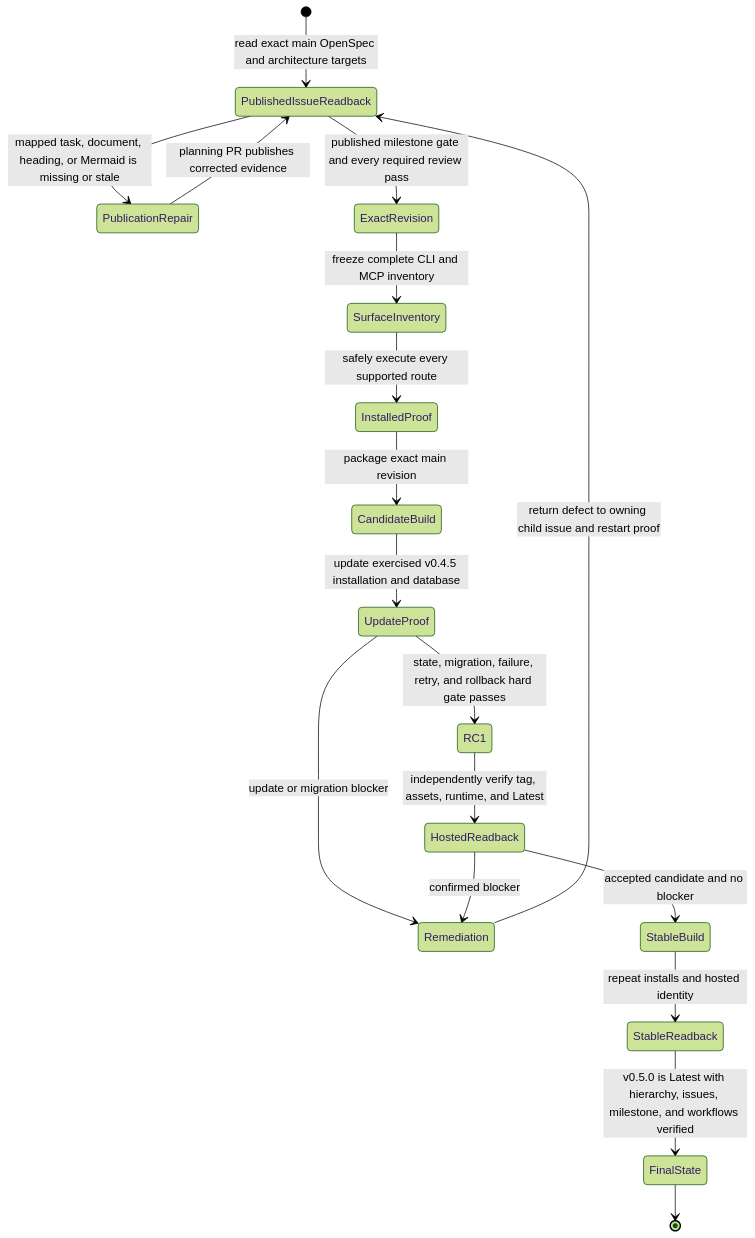
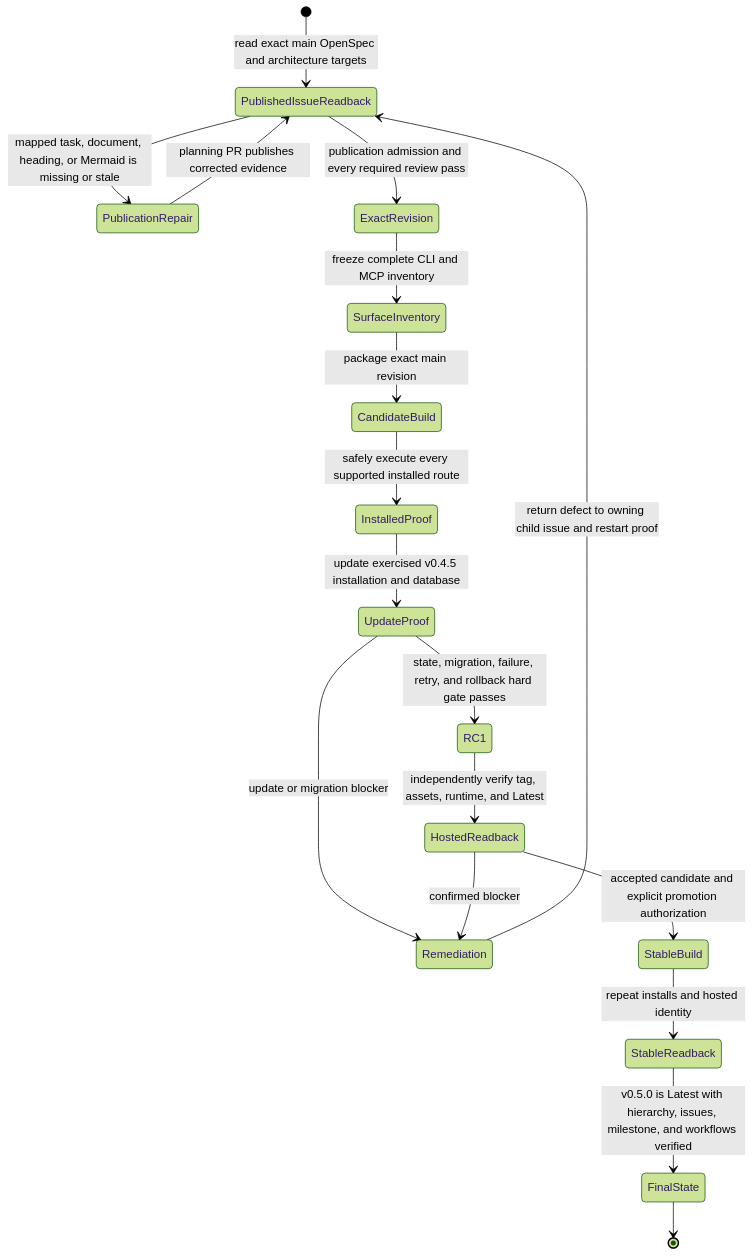
Before and after one commit to styler-ai/ProjectAtlas: diagram 28 of 28 in docs/v050-release-architecture.md, drawn with Mermaid (forest theme). The commit also changed 19 other files, not shown here.

````diff
--- a/docs/v050-release-architecture.md
+++ b/docs/v050-release-architecture.md
@@ -618,20 +618,20 @@
 ```mermaid
 stateDiagram-v2
   [*] --> PublishedIssueReadback: read exact main OpenSpec and architecture targets
   PublishedIssueReadback --> PublicationRepair: mapped task, document, heading, or Mermaid is missing or stale
   PublicationRepair --> PublishedIssueReadback: planning PR publishes corrected evidence
-  PublishedIssueReadback --> ExactRevision: published milestone gate and every required review pass
+  PublishedIssueReadback --> ExactRevision: publication admission and every required review pass
   ExactRevision --> SurfaceInventory: freeze complete CLI and MCP inventory
-  SurfaceInventory --> InstalledProof: safely execute every supported route
-  InstalledProof --> CandidateBuild: package exact main revision
-  CandidateBuild --> UpdateProof: update exercised v0.4.5 installation and database
+  SurfaceInventory --> CandidateBuild: package exact main revision
+  CandidateBuild --> InstalledProof: safely execute every supported installed route
+  InstalledProof --> UpdateProof: update exercised v0.4.5 installation and database
   UpdateProof --> RC1: state, migration, failure, retry, and rollback hard gate passes
   UpdateProof --> Remediation: update or migration blocker
   RC1 --> HostedReadback: independently verify tag, assets, runtime, and Latest
   HostedReadback --> Remediation: confirmed blocker
   Remediation --> PublishedIssueReadback: return defect to owning child issue and restart proof
-  HostedReadback --> StableBuild: accepted candidate and no blocker
+  HostedReadback --> StableBuild: accepted candidate and explicit promotion authorization
   StableBuild --> StableReadback: repeat installs and hosted identity
   StableReadback --> FinalState: v0.5.0 is Latest with hierarchy, issues, milestone, and workflows verified
   FinalState --> [*]
 ```
````
